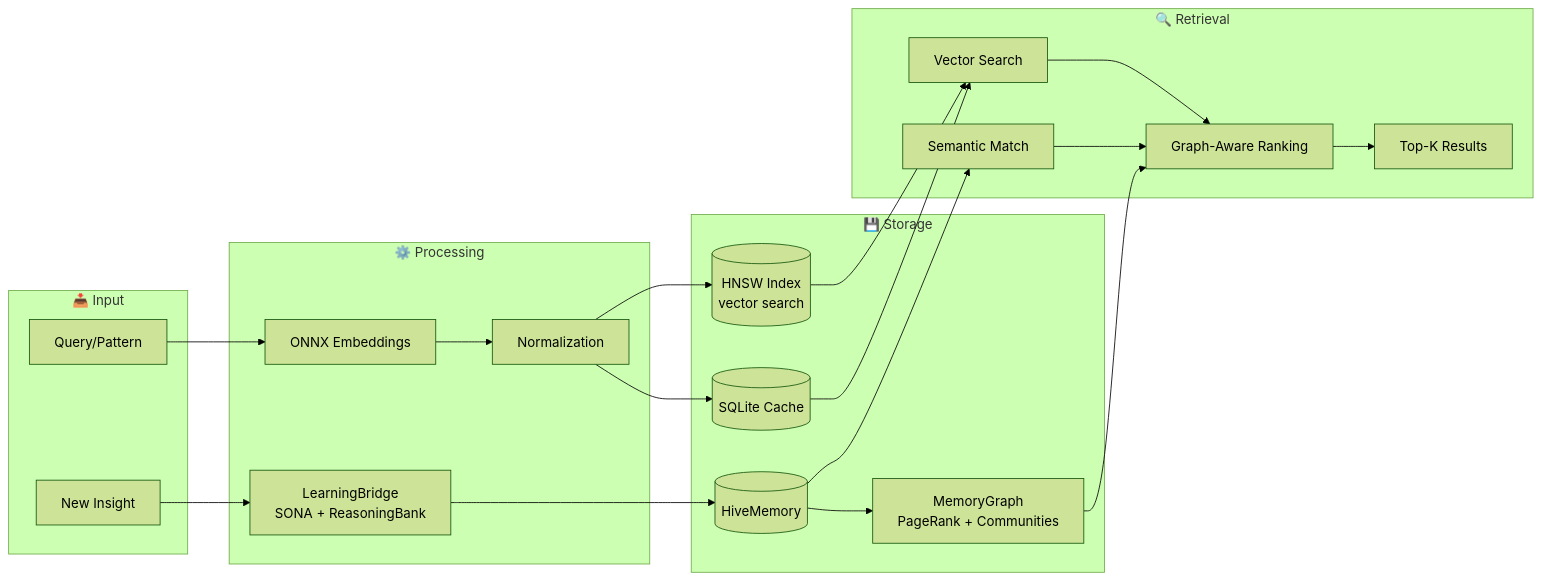
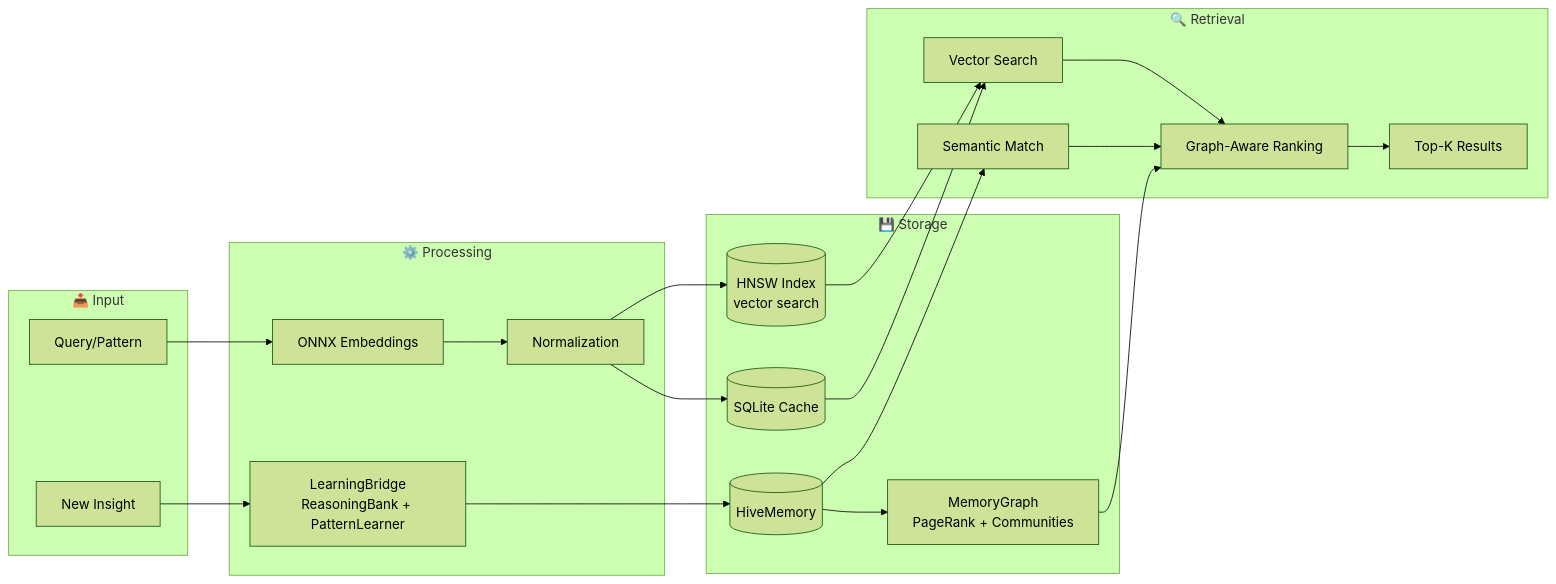
One commit to hypnwtykvmpr/hive-flow changed the fourth of 6 diagrams in README.md. Above: the diagram before and after it, drawn with Mermaid (forest theme). The commit also changed other lines of this file, not shown here.

````diff
--- a/README.md
+++ b/README.md
@@ -907,42 +938,42 @@
 ```mermaid
 flowchart LR
     subgraph Input["📥 Input"]
         Query[Query/Pattern]
         Insight[New Insight]
     end
 
     subgraph Processing["⚙️ Processing"]
         Embed[ONNX Embeddings]
         Normalize[Normalization]
-        Learn[LearningBridge<br/>SONA + ReasoningBank]
+        Learn[LearningBridge<br/>ReasoningBank + PatternLearner]
     end
 
     subgraph Storage["💾 Storage"]
         HNSW[(HNSW Index<br/>vector search)]
         SQLite[(SQLite Cache)]
         HiveMemory[(HiveMemory)]
         Graph[MemoryGraph<br/>PageRank + Communities]
     end
 
     subgraph Retrieval["🔍 Retrieval"]
         Vector[Vector Search]
         Semantic[Semantic Match]
         Rank[Graph-Aware Ranking]
         Results[Top-K Results]
     end
 
     Query --> Embed
     Embed --> Normalize
     Normalize --> HNSW
     Normalize --> SQLite
     Insight --> Learn
     Learn --> HiveMemory
     HiveMemory --> Graph
     HNSW --> Vector
     SQLite --> Vector
     HiveMemory --> Semantic
     Vector --> Rank
     Semantic --> Rank
     Graph --> Rank
     Rank --> Results
 ```
````
